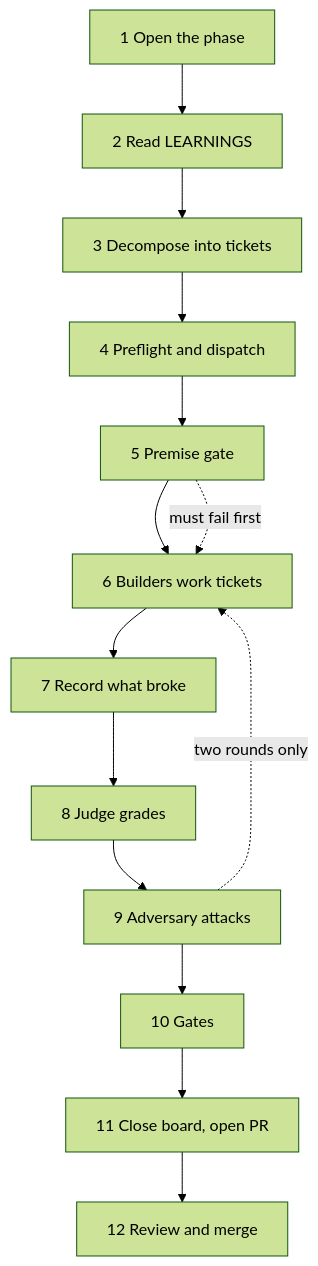
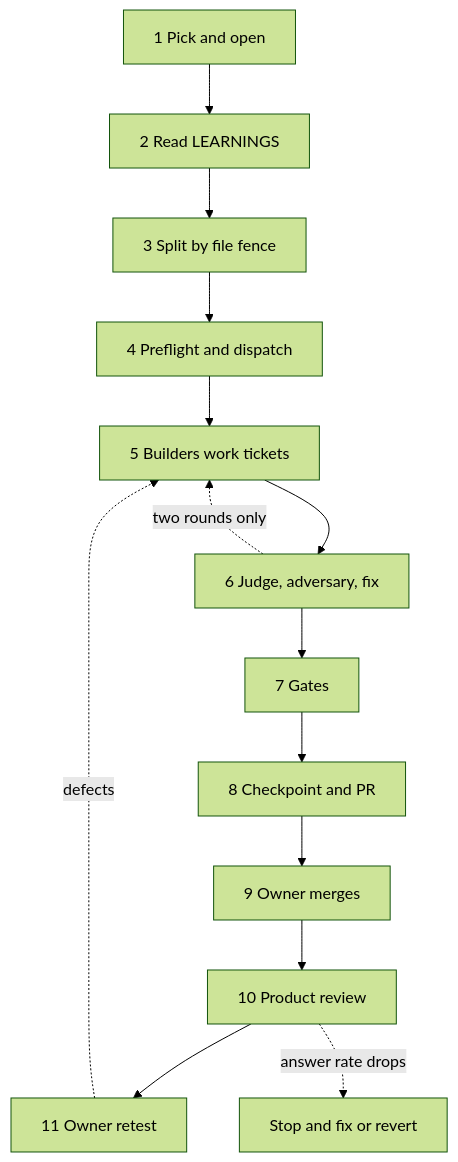
The diagram in docs/build/Build_workflow_cadence.md (monideep2255/agentic-search-ui), drawn with Mermaid (forest theme) before and after one commit. The commit also changed other lines of this file and 16 other files, not shown here.

````diff
--- a/docs/build/Build_workflow_cadence.md
+++ b/docs/build/Build_workflow_cadence.md
@@ -44,16 +51,16 @@
 ```mermaid
 flowchart TD
-  s1[1 Open the phase] --> s2[2 Read LEARNINGS]
-  s2 --> s3[3 Decompose into tickets]
+  s1[1 Pick and open] --> s2[2 Read LEARNINGS]
+  s2 --> s3[3 Split by file fence]
   s3 --> s4[4 Preflight and dispatch]
-  s4 --> s5[5 Premise gate]
-  s5 --> s6[6 Builders work tickets]
-  s6 --> s7[7 Record what broke]
-  s7 --> s8[8 Judge grades]
-  s8 --> s9[9 Adversary attacks]
-  s9 --> s10[10 Gates]
-  s10 --> s11[11 Close board, open PR]
-  s11 --> s12[12 Review and merge]
-  s5 -.must fail first.-> s6
-  s9 -.two rounds only.-> s6
+  s4 --> s5[5 Builders work tickets]
+  s5 --> s6[6 Judge, adversary, fix]
+  s6 --> s7[7 Gates]
+  s7 --> s8[8 Checkpoint and PR]
+  s8 --> s9[9 Owner merges]
+  s9 --> s10[10 Product review]
+  s10 --> s11[11 Owner retest]
+  s11 -.defects.-> s5
+  s6 -.two rounds only.-> s5
+  s10 -.answer rate drops.-> stop[Stop and fix or revert]
 ```
````
